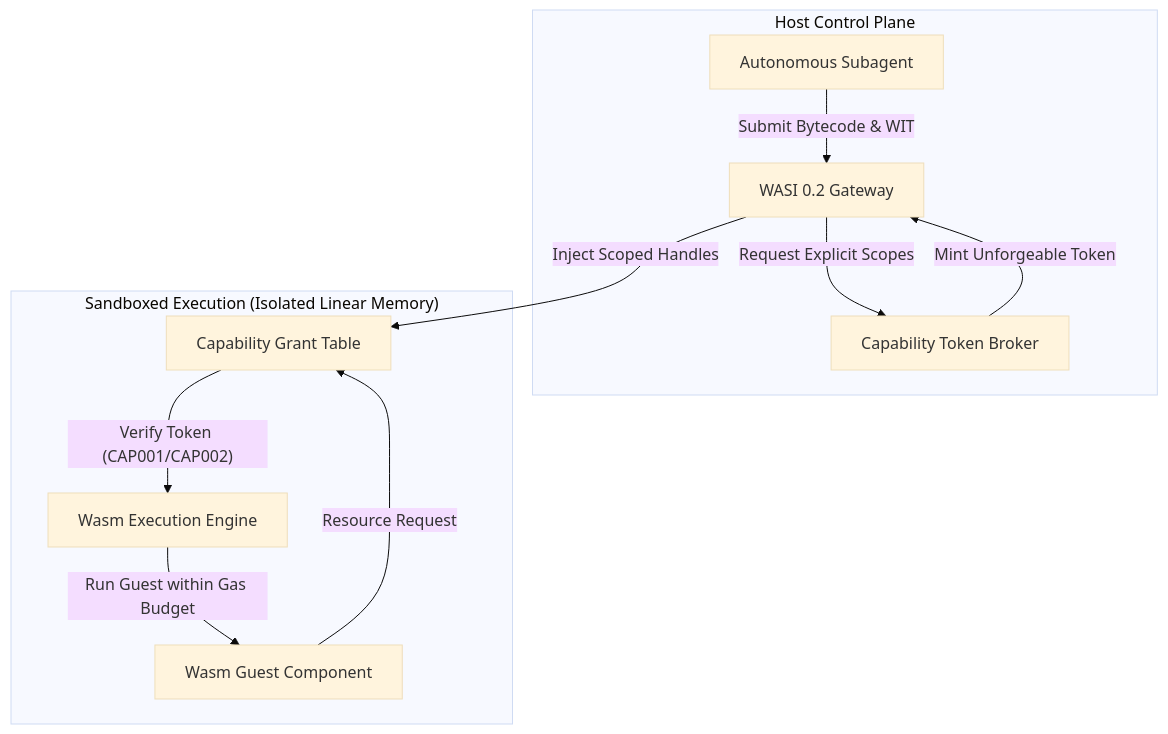
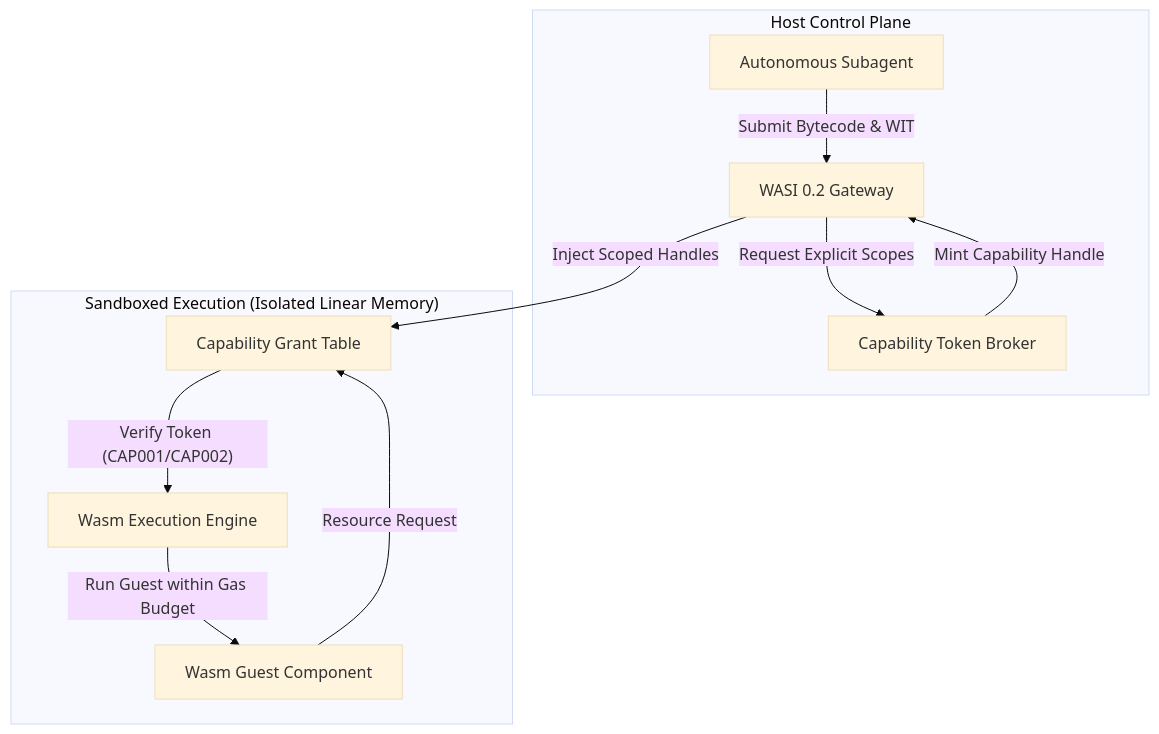
Before and after one commit to dan-petty/vibes: the diagram in observations/systems/36-wasi-component-models-and-capability-based-tool-sandboxing.md, drawn with Mermaid (base theme). The commit also changed other lines of this file and 248 other files, not shown here.

````diff
--- a/observations/systems/36-wasi-component-models-and-capability-based-tool-sandboxing.md
+++ b/observations/systems/36-wasi-component-models-and-capability-based-tool-sandboxing.md
@@ -42,22 +39,22 @@
 ```mermaid
 flowchart TD
     subgraph "Host Control Plane"
         Agent["Autonomous Subagent"]
         Gateway["WASI 0.2 Gateway"]
         Broker["Capability Token Broker"]
     end
 
     subgraph "Sandboxed Execution (Isolated Linear Memory)"
         Engine["Wasm Execution Engine"]
         Guest["Wasm Guest Component"]
         Table["Capability Grant Table"]
     end
 
     Agent -->|"Submit Bytecode & WIT"| Gateway
     Gateway -->|"Request Explicit Scopes"| Broker
-    Broker -->|"Mint Unforgeable Token"| Gateway
+    Broker -->|"Mint Capability Handle"| Gateway
     Gateway -->|"Inject Scoped Handles"| Table
     Engine -->|"Run Guest within Gas Budget"| Guest
     Guest -->|"Resource Request"| Table
     Table -->|"Verify Token (CAP001/CAP002)"| Engine
 ```
````
